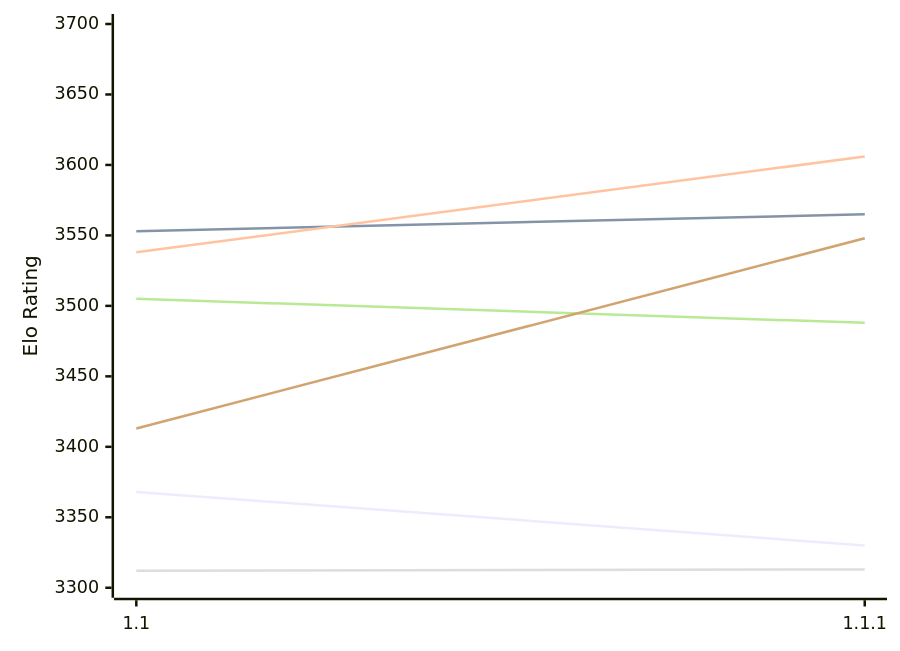
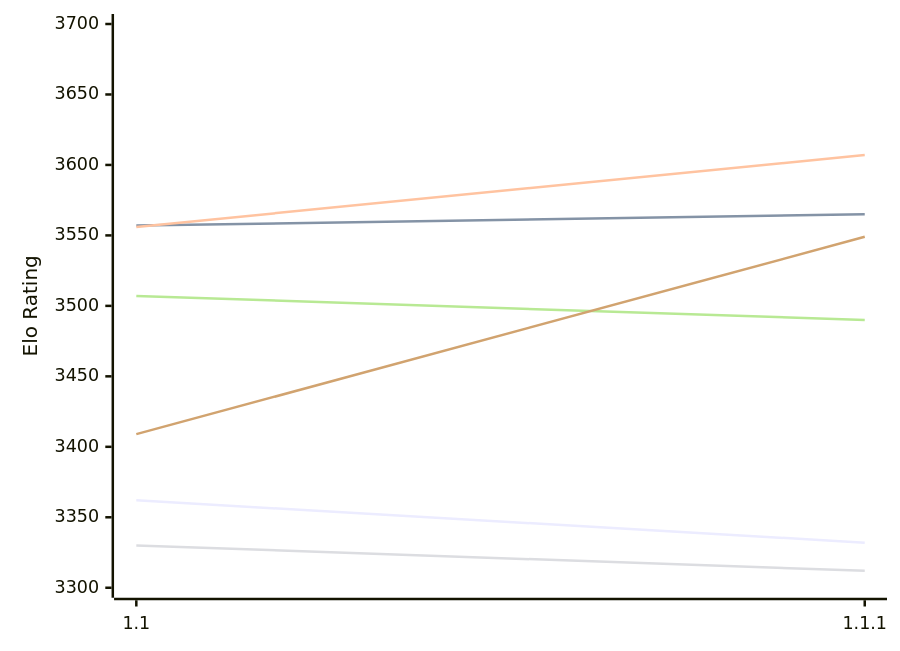
One commit to computer-chess-index/cci changed the first of 2 diagrams in engines/Icarus.md. Above: the diagram before and after it, drawn with Mermaid. The commit also changed other lines of this file, not shown here.

Commit message:
Update CCI Ratings (ELO VLTC) - 2026-11-17

````diff
--- a/engines/Icarus.md
+++ b/engines/Icarus.md
@@ -51,12 +51,12 @@
 ```mermaid
 %%{init: {"theme":"base","themeVariables":{"seriesColors:['#a3a3a3','#222221','#faa371']}}}%%
 xychart-beta
   x-axis ["1.1", "1.1.1"]
   y-axis "Elo Rating" 3300 --> 3700
-  line "E1: STC (8.0+0.08s)" [3368, 3330]
-  line "E1: LTC (60.0+0.60s)" [3553, 3565]
-  line "E1: VLTC (2m24s+1.12s)" [3538, 3606]
-  line "P1: STC (8.0+0.08s)" [3312, 3313]
-  line "P1: LTC (60.0+0.60s)" [3505, 3488]
-  line "P1: VLTC (2m24s+1.12s)" [3413, 3548]
+  line "E1: STC (8.0+0.08s)" [3362, 3332]
+  line "E1: LTC (60.0+0.60s)" [3557, 3565]
+  line "E1: VLTC (2m24s+1.12s)" [3556, 3607]
+  line "P1: STC (8.0+0.08s)" [3330, 3312]
+  line "P1: LTC (60.0+0.60s)" [3507, 3490]
+  line "P1: VLTC (2m24s+1.12s)" [3409, 3549]
 ```
````
